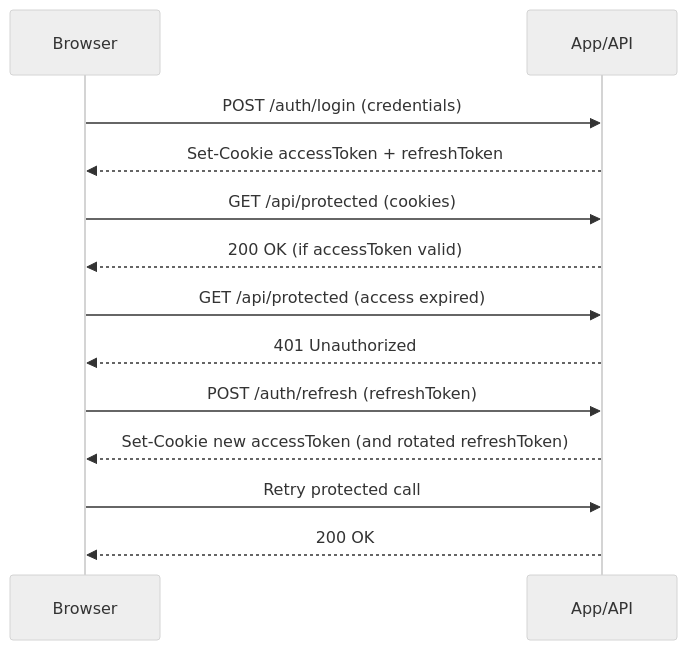
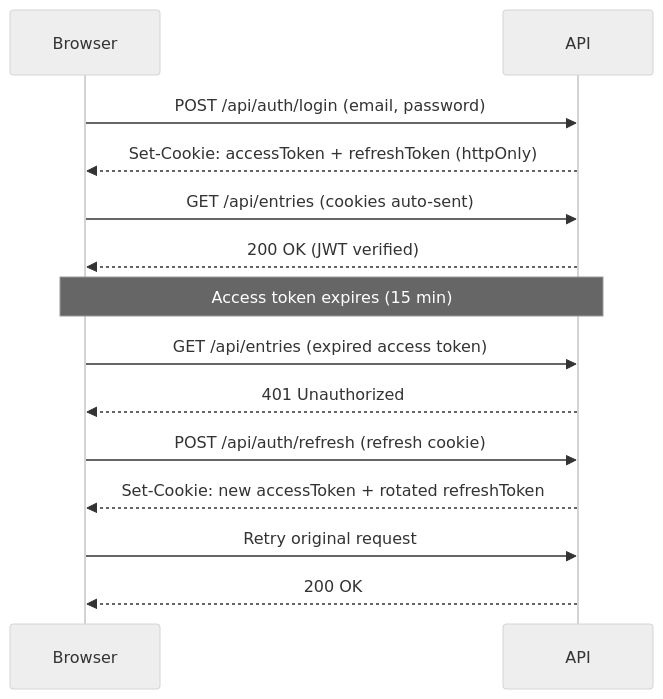
Before and after one commit to nikeon6/app-neuraal: the second of 6 diagrams in docs/design.md, drawn with Mermaid (neutral theme). The commit also changed other lines of this file and 81 other files, not shown here.

First line of the commit message:
feat: implement password recovery, reset, and change flows

````diff
--- a/docs/design.md
+++ b/docs/design.md
@@ -261,19 +448,21 @@
 ```mermaid
 sequenceDiagram
-  participant U as Browser
-  participant A as App/API
+    participant B as Browser
+    participant A as API
 
-  U->>A: POST /auth/login (credentials)
-  A-->>U: Set-Cookie accessToken + refreshToken
+    B->>A: POST /api/auth/login (email, password)
+    A-->>B: Set-Cookie: accessToken + refreshToken (httpOnly)
 
-  U->>A: GET /api/protected (cookies)
-  A-->>U: 200 OK (if accessToken valid)
+    B->>A: GET /api/entries (cookies auto-sent)
+    A-->>B: 200 OK (JWT verified)
 
-  U->>A: GET /api/protected (access expired)
-  A-->>U: 401 Unauthorized
+    Note over B,A: Access token expires (15 min)
 
-  U->>A: POST /auth/refresh (refreshToken)
-  A-->>U: Set-Cookie new accessToken (and rotated refreshToken)
-  U->>A: Retry protected call
-  A-->>U: 200 OK
+    B->>A: GET /api/entries (expired access token)
+    A-->>B: 401 Unauthorized
+
+    B->>A: POST /api/auth/refresh (refresh cookie)
+    A-->>B: Set-Cookie: new accessToken + rotated refreshToken
+    B->>A: Retry original request
+    A-->>B: 200 OK
 ```
````
